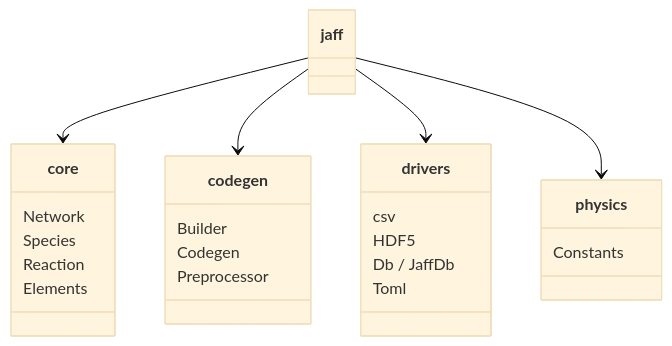
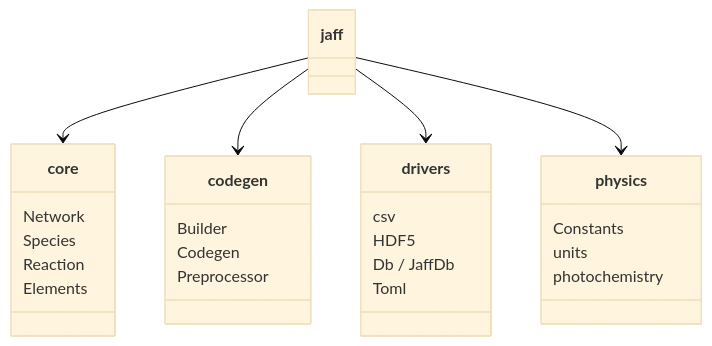
The diagram in docs/api/index.md (tgrassi/jaff), drawn with Mermaid (base theme) before and after one commit. The commit also changed other lines of this file and 17 other files, not shown here.

````diff
--- a/docs/api/index.md
+++ b/docs/api/index.md
@@ -46,27 +46,29 @@
 ```mermaid
 classDiagram
     class core {
         Network
         Species
         Reaction
         Elements
     }
     class codegen {
         Builder
         Codegen
         Preprocessor
     }
     class drivers {
         csv
         HDF5
         Db / JaffDb
         Toml
     }
     class physics {
         Constants
+        units
+        photochemistry
     }
     jaff --> core
     jaff --> codegen
     jaff --> drivers
     jaff --> physics
 ```
````
